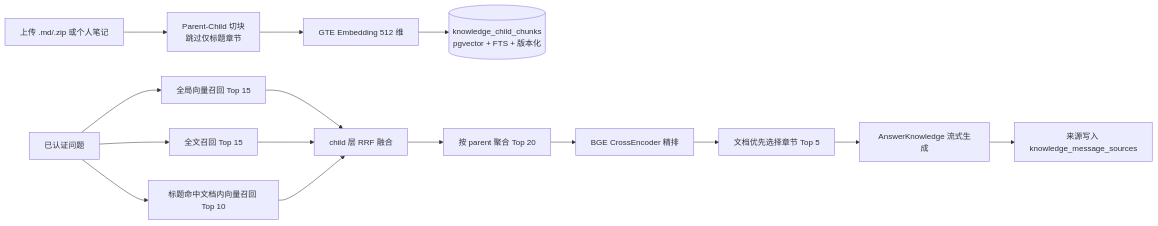
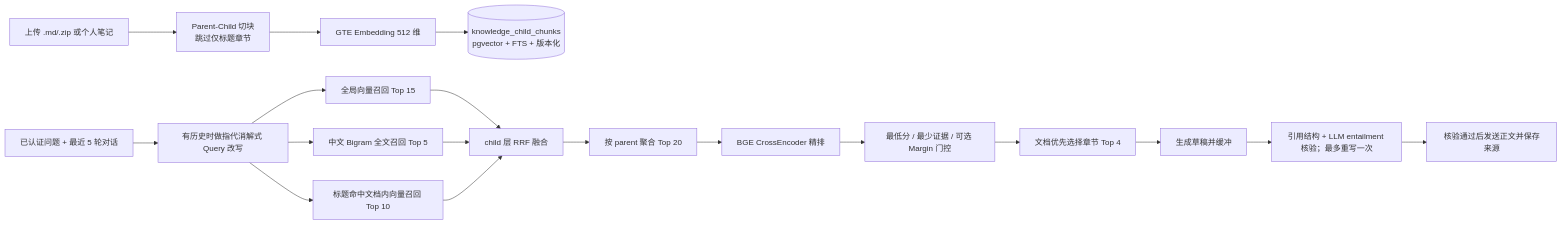
Before and after one commit to Diving-Di/Cortex: the first of 2 diagrams in docs/RAG.md, drawn with Mermaid. The commit also changed other lines of this file and 1 other file, not shown here.

````diff
--- a/docs/RAG.md
+++ b/docs/RAG.md
@@ -31,18 +32,21 @@
 ```mermaid
 flowchart LR
     Doc["上传 .md/.zip 或个人笔记"] --> Chunk["Parent-Child 切块<br/>跳过仅标题章节"]
     Chunk --> Embed["GTE Embedding 512 维"]
     Embed --> Index[("knowledge_child_chunks<br/>pgvector + FTS + 版本化")]
 
-    Query["已认证问题"] --> V["全局向量召回 Top 15"]
-    Query --> F["全文召回 Top 15"]
-    Query --> T["标题命中文档内向量召回 Top 10"]
+    Query["已认证问题 + 最近 5 轮对话"] --> Rewrite["有历史时做指代消解式 Query 改写"]
+    Rewrite --> V["全局向量召回 Top 15"]
+    Rewrite --> F["中文 Bigram 全文召回 Top 5"]
+    Rewrite --> T["标题命中文档内向量召回 Top 10"]
     V --> RRF["child 层 RRF 融合"]
     F --> RRF
     T --> RRF
     RRF --> Agg["按 parent 聚合 Top 20"]
     Agg --> Rerank["BGE CrossEncoder 精排"]
-    Rerank --> Ctx["文档优先选择章节 Top 5"]
-    Ctx --> Gen["AnswerKnowledge 流式生成"]
-    Gen --> Cite["来源写入 knowledge_message_sources"]
+    Rerank --> Gate["最低分 / 最少证据 / 可选 Margin 门控"]
+    Gate --> Ctx["文档优先选择章节 Top 4"]
+    Ctx --> Gen["生成草稿并缓冲"]
+    Gen --> Verify["引用结构 + LLM entailment 核验；最多重写一次"]
+    Verify --> Cite["核验通过后发送正文并保存来源"]
 ```
````
